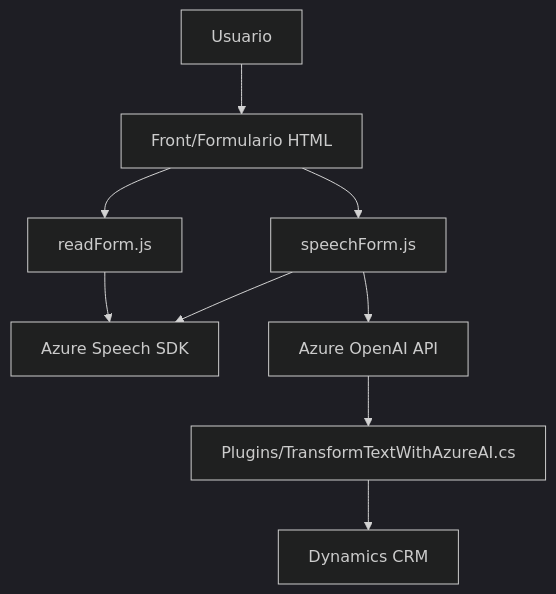
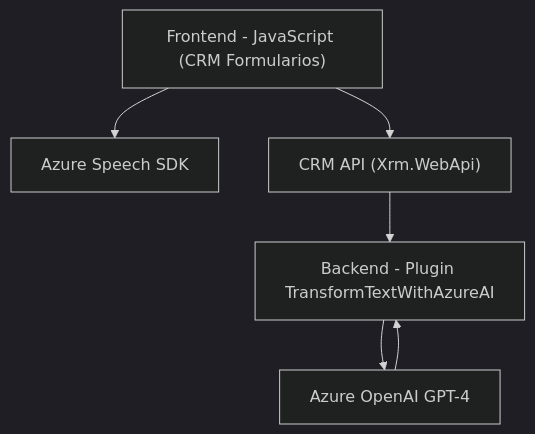
Before and after one commit to blopezdm/NETCORE_BILBAO2025: the diagram in README.md, drawn with Mermaid (dark theme). The commit also changed other lines of this file, not shown here.

````diff
--- a/README.md
+++ b/README.md
@@ -41,20 +37,14 @@
 ```mermaid
 graph TD
-    A[Usuario]
-    B["Front/Formulario HTML"]
-    C["readForm.js"]
-    D["speechForm.js"]
-    E[Azure Speech SDK]
-    F["Plugins/TransformTextWithAzureAI.cs"]
-    G["Azure OpenAI API"]
-    H["Dynamics CRM"]
+    A["Frontend - JavaScript (CRM Formularios)"]
+    B["Azure Speech SDK"]
+    C["CRM API (Xrm.WebApi)"]
+    D["Backend - Plugin TransformTextWithAzureAI"]
+    E["Azure OpenAI GPT-4"]
 
     A --> B
-    B --> C
-    B --> D
-    C --> E
+    A --> C
+    C --> D
     D --> E
-    D --> G
-    G --> F
-    F --> H
+    E --> D
 ```
````
